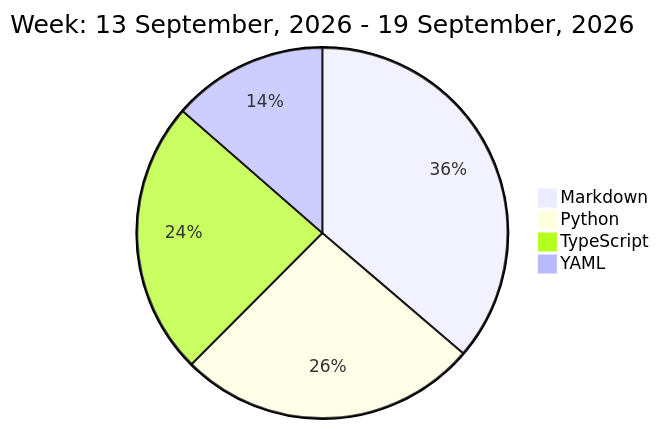
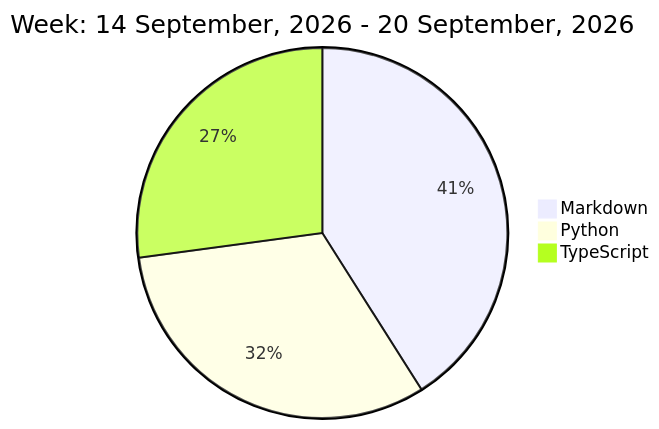
The diagram in README.md (liubin95/liubin95), drawn with Mermaid before and after one commit.

Commit message:
Updated the Graph with new Metrics

````diff
--- a/README.md
+++ b/README.md
@@ -32,8 +32,7 @@
 ```mermaid
  pie
-title Week: 13 September, 2026 - 19 September, 2026
- "Markdown" : 5.42
- "Python" : 3.92
- "TypeScript" : 3.58
- "YAML" : 2.03
+title Week: 14 September, 2026 - 20 September, 2026
+ "Markdown" : 5.82
+ "Python" : 4.52
+ "TypeScript" : 3.85
 ```
````
